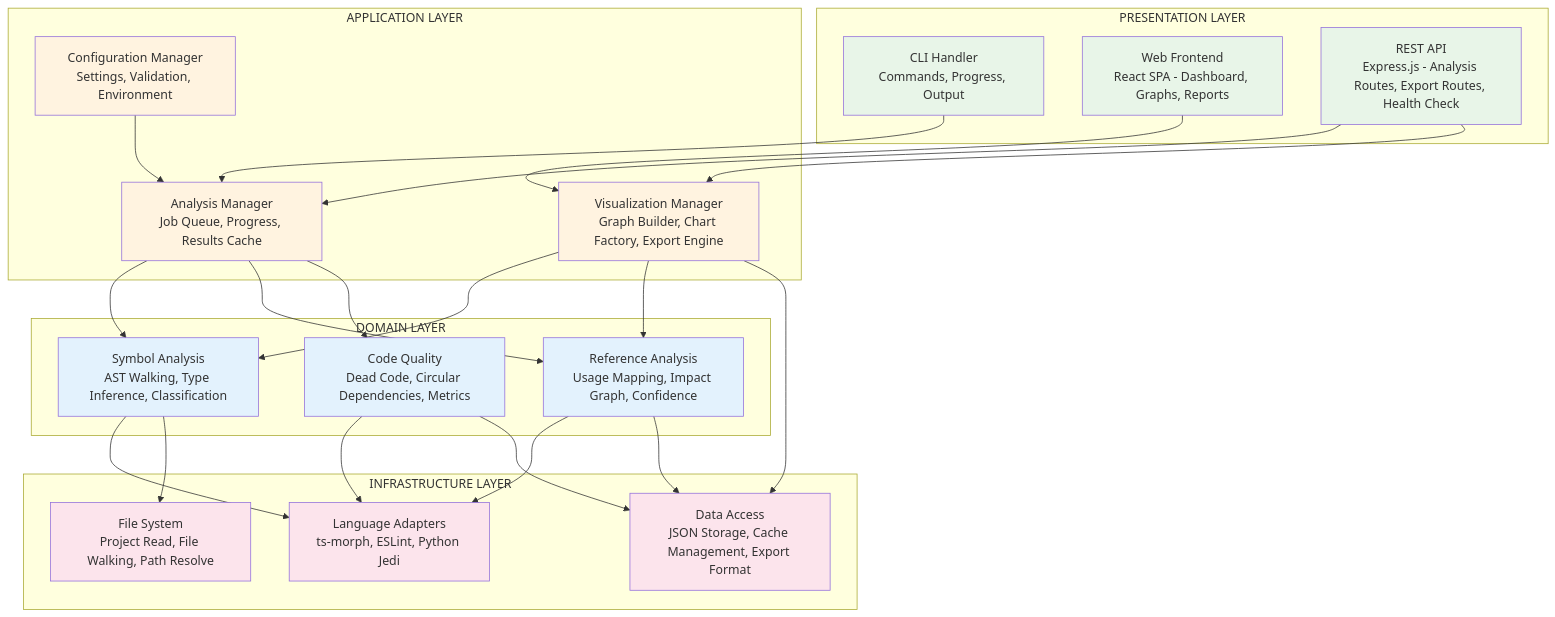
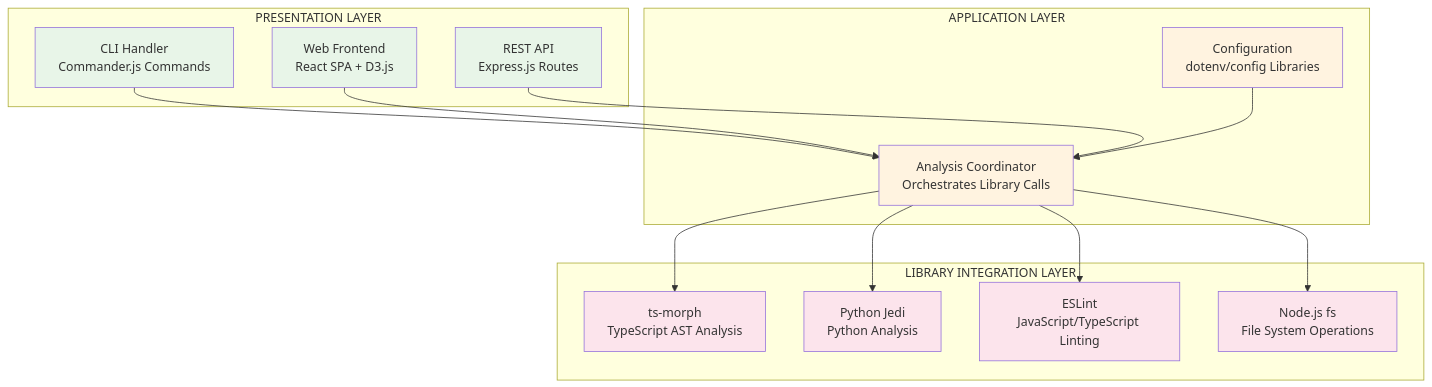
The third of 5 diagrams in docs/SAD.md (louipr/cytrac), drawn with Mermaid before and after one commit. The commit also changed other lines of this file, not shown here.

````diff
--- a/docs/SAD.md
+++ b/docs/SAD.md
@@ -259,59 +257,40 @@
 ```mermaid
 graph TB
     subgraph "PRESENTATION LAYER"
-        CLI_H[CLI Handler<br/>Commands, Progress, Output]
-        WEB_F[Web Frontend<br/>React SPA - Dashboard, Graphs, Reports]
-        REST_A[REST API<br/>Express.js - Analysis Routes, Export Routes, Health Check]
+        CLI_H[CLI Handler<br/>Commander.js Commands]
+        WEB_F[Web Frontend<br/>React SPA + D3.js]
+        REST_A[REST API<br/>Express.js Routes]
     end
     
     subgraph "APPLICATION LAYER"
-        ANAL_M[Analysis Manager<br/>Job Queue, Progress, Results Cache]
-        VIZ_M[Visualization Manager<br/>Graph Builder, Chart Factory, Export Engine]
-        CONFIG_M[Configuration Manager<br/>Settings, Validation, Environment]
+        COORD[Analysis Coordinator<br/>Orchestrates Library Calls]
+        CONFIG[Configuration<br/>dotenv/config Libraries]
     end
     
-    subgraph "DOMAIN LAYER"
-        SYM_A[Symbol Analysis<br/>AST Walking, Type Inference, Classification]
-        REF_A[Reference Analysis<br/>Usage Mapping, Impact Graph, Confidence]
-        QUAL_A[Code Quality<br/>Dead Code, Circular Dependencies, Metrics]
-    end
-    
-    subgraph "INFRASTRUCTURE LAYER"
-        LANG_A[Language Adapters<br/>ts-morph, ESLint, Python Jedi]
-        FILE_S[File System<br/>Project Read, File Walking, Path Resolve]
-        DATA_A[Data Access<br/>JSON Storage, Cache Management, Export Format]
+    subgraph "LIBRARY INTEGRATION LAYER"
+        TSMORPH[ts-morph<br/>TypeScript AST Analysis]
+        JEDI[Python Jedi<br/>Python Analysis]
+        ESLINT[ESLint<br/>JavaScript/TypeScript Linting]
+        FS[Node.js fs<br/>File System Operations]
     end
     
     %% Presentation to Application connections
-    CLI_H --> ANAL_M
-    WEB_F --> VIZ_M
-    REST_A --> ANAL_M
-    REST_A --> VIZ_M
+    CLI_H --> COORD
+    WEB_F --> COORD
+    REST_A --> COORD
     
-    %% Application to Domain connections
-    ANAL_M --> SYM_A
-    ANAL_M --> REF_A
-    ANAL_M --> QUAL_A
-    VIZ_M --> SYM_A
-    VIZ_M --> REF_A
-    CONFIG_M --> ANAL_M
-    
-    %% Domain to Infrastructure connections
-    SYM_A --> LANG_A
-    REF_A --> LANG_A
-    QUAL_A --> LANG_A
-    SYM_A --> FILE_S
-    REF_A --> DATA_A
-    QUAL_A --> DATA_A
-    VIZ_M --> DATA_A
+    %% Application to Library connections
+    COORD --> TSMORPH
+    COORD --> JEDI
+    COORD --> ESLINT
+    COORD --> FS
+    CONFIG --> COORD
     
     classDef presentation fill:#e8f5e8
     classDef application fill:#fff3e0
-    classDef domain fill:#e3f2fd
-    classDef infrastructure fill:#fce4ec
+    classDef library fill:#fce4ec
     
     class CLI_H,WEB_F,REST_A presentation
-    class ANAL_M,VIZ_M,CONFIG_M application
-    class SYM_A,REF_A,QUAL_A domain
-    class LANG_A,FILE_S,DATA_A infrastructure
+    class COORD,CONFIG application
+    class TSMORPH,JEDI,ESLINT,FS library
 ```
````
